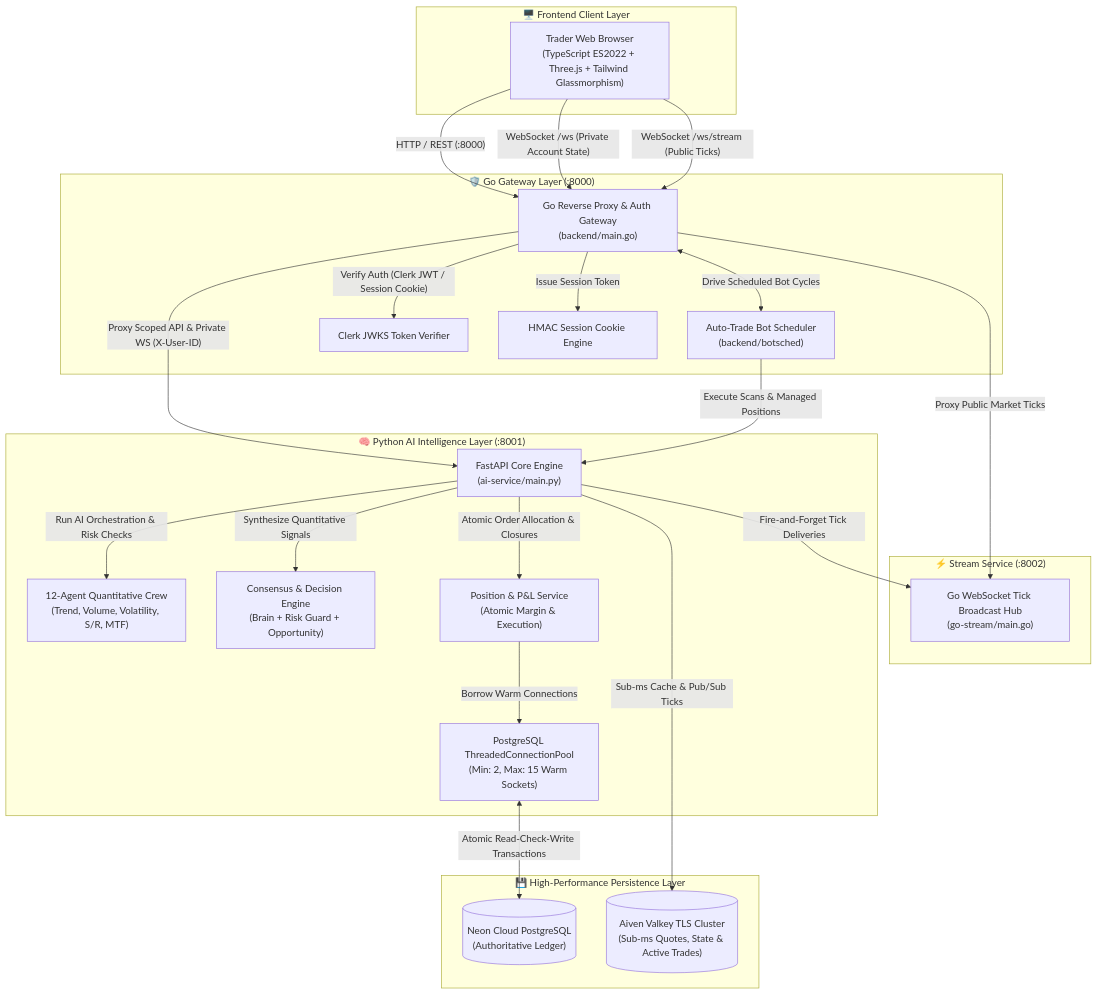
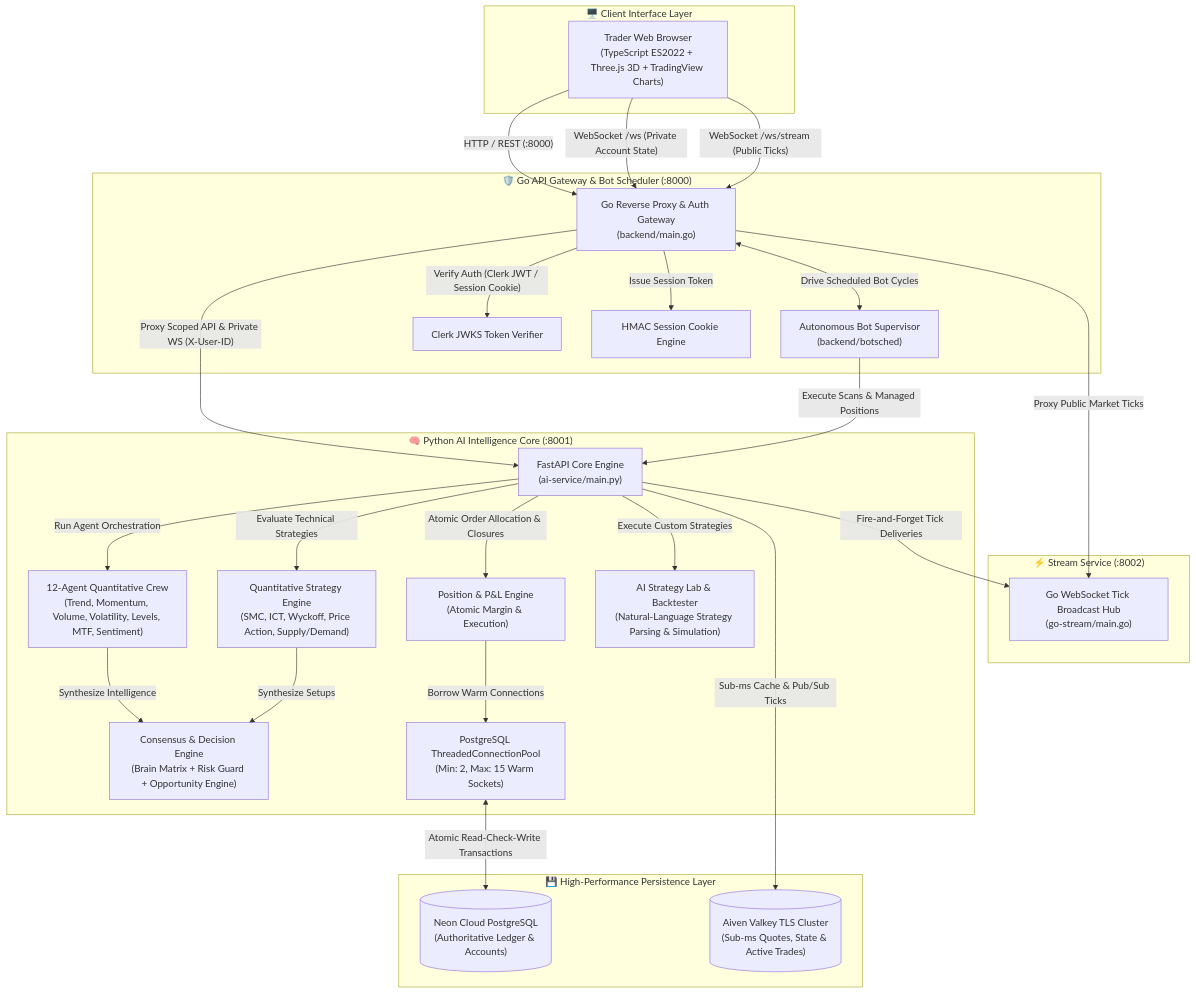
The first of 5 diagrams in README.md (ParthYendhe0679/orbit), drawn with Mermaid before and after one commit. The commit also changed other lines of this file and 10 other files, not shown here.

Commit message:
feat: institutional README with architecture diagrams, MIT license, copilot formatting & solo author attribution

````diff
--- a/README.md
+++ b/README.md
@@ -20,52 +51,57 @@
 ```mermaid
 flowchart TB
-    subgraph ClientLayer["🖥️ Frontend Client Layer"]
-        Browser["Trader Web Browser<br/>(TypeScript ES2022 + Three.js + Tailwind Glassmorphism)"]
+    subgraph ClientLayer["🖥️ Client Interface Layer"]
+        Browser["Trader Web Browser<br/>(TypeScript ES2022 + Three.js 3D + TradingView Charts)"]
     end
 
-    subgraph GatewayLayer["🛡️ Go Gateway Layer (:8000)"]
+    subgraph GatewayLayer["🛡️ Go API Gateway & Bot Scheduler (:8000)"]
         GoGateway["Go Reverse Proxy & Auth Gateway<br/>(backend/main.go)"]
-        BotScheduler["Auto-Trade Bot Scheduler<br/>(backend/botsched)"]
+        BotScheduler["Autonomous Bot Supervisor<br/>(backend/botsched)"]
         JWKSValidator["Clerk JWKS Token Verifier"]
         SessionIssuer["HMAC Session Cookie Engine"]
     end
 
     subgraph StreamLayer["⚡ Stream Service (:8002)"]
         StreamHub["Go WebSocket Tick Broadcast Hub<br/>(go-stream/main.go)"]
     end
 
-    subgraph AIServiceLayer["🧠 Python AI Intelligence Layer (:8001)"]
+    subgraph AIServiceLayer["🧠 Python AI Intelligence Core (:8001)"]
         AIService["FastAPI Core Engine<br/>(ai-service/main.py)"]
-        AgentOrchestrator["12-Agent Quantitative Crew<br/>(Trend, Volume, Volatility, S/R, MTF)"]
-        ConsensusEngine["Consensus & Decision Engine<br/>(Brain + Risk Guard + Opportunity)"]
-        PositionService["Position & P&L Service<br/>(Atomic Margin & Execution)"]
+        AgentOrchestrator["12-Agent Quantitative Crew<br/>(Trend, Momentum, Volume, Volatility, Levels, MTF, Sentiment)"]
+        StrategyEngine["Quantitative Strategy Engine<br/>(SMC, ICT, Wyckoff, Price Action, Supply/Demand)"]
+        ConsensusEngine["Consensus & Decision Engine<br/>(Brain Matrix + Risk Guard + Opportunity Engine)"]
+        PositionService["Position & P&L Engine<br/>(Atomic Margin & Execution)"]
         DBPool["PostgreSQL ThreadedConnectionPool<br/>(Min: 2, Max: 15 Warm Sockets)"]
+        StrategyLab["AI Strategy Lab & Backtester<br/>(Natural-Language Strategy Parsing & Simulation)"]
     end
 
     subgraph DataStorageLayer["💾 High-Performance Persistence Layer"]
-        NeonDB[("Neon Cloud PostgreSQL<br/>(Authoritative Ledger)")]
+        NeonDB[("Neon Cloud PostgreSQL<br/>(Authoritative Ledger & Accounts)")]
         ValkeyCluster[("Aiven Valkey TLS Cluster<br/>(Sub-ms Quotes, State & Active Trades)")]
     end
 
     %% Client Interactions
     Browser -->|"HTTP / REST (:8000)"| GoGateway
     Browser -->|"WebSocket /ws (Private Account State)"| GoGateway
     Browser -->|"WebSocket /ws/stream (Public Ticks)"| GoGateway
 
     %% Gateway Routing
     GoGateway -->|"Verify Auth (Clerk JWT / Session Cookie)"| JWKSValidator
     GoGateway -->|"Issue Session Token"| SessionIssuer
     GoGateway -->|"Proxy Public Market Ticks"| StreamHub
     GoGateway -->|"Proxy Scoped API & Private WS (X-User-ID)"| AIService
     GoGateway <-->|"Drive Scheduled Bot Cycles"| BotScheduler
     BotScheduler -->|"Execute Scans & Managed Positions"| AIService
 
-    %% Python AI Service Operations
-    AIService -->|"Run AI Orchestration & Risk Checks"| AgentOrchestrator
-    AIService -->|"Synthesize Quantitative Signals"| ConsensusEngine
+    %% Python AI Operations
+    AIService -->|"Run Agent Orchestration"| AgentOrchestrator
+    AIService -->|"Evaluate Technical Strategies"| StrategyEngine
+    AgentOrchestrator -->|"Synthesize Intelligence"| ConsensusEngine
+    StrategyEngine -->|"Synthesize Setups"| ConsensusEngine
+    AIService -->|"Execute Custom Strategies"| StrategyLab
     AIService -->|"Atomic Order Allocation & Closures"| PositionService
     AIService -->|"Sub-ms Cache & Pub/Sub Ticks"| ValkeyCluster
     PositionService -->|"Borrow Warm Connections"| DBPool
     DBPool <-->|"Atomic Read-Check-Write Transactions"| NeonDB
     AIService -->|"Fire-and-Forget Tick Deliveries"| StreamHub
 ```
````
